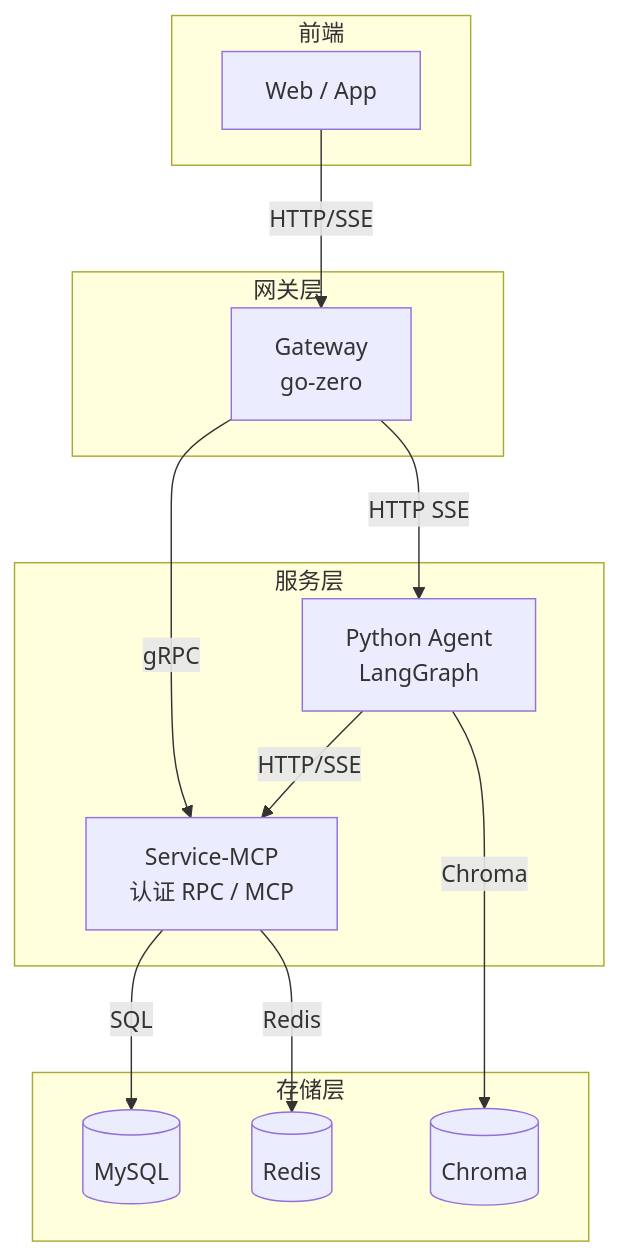
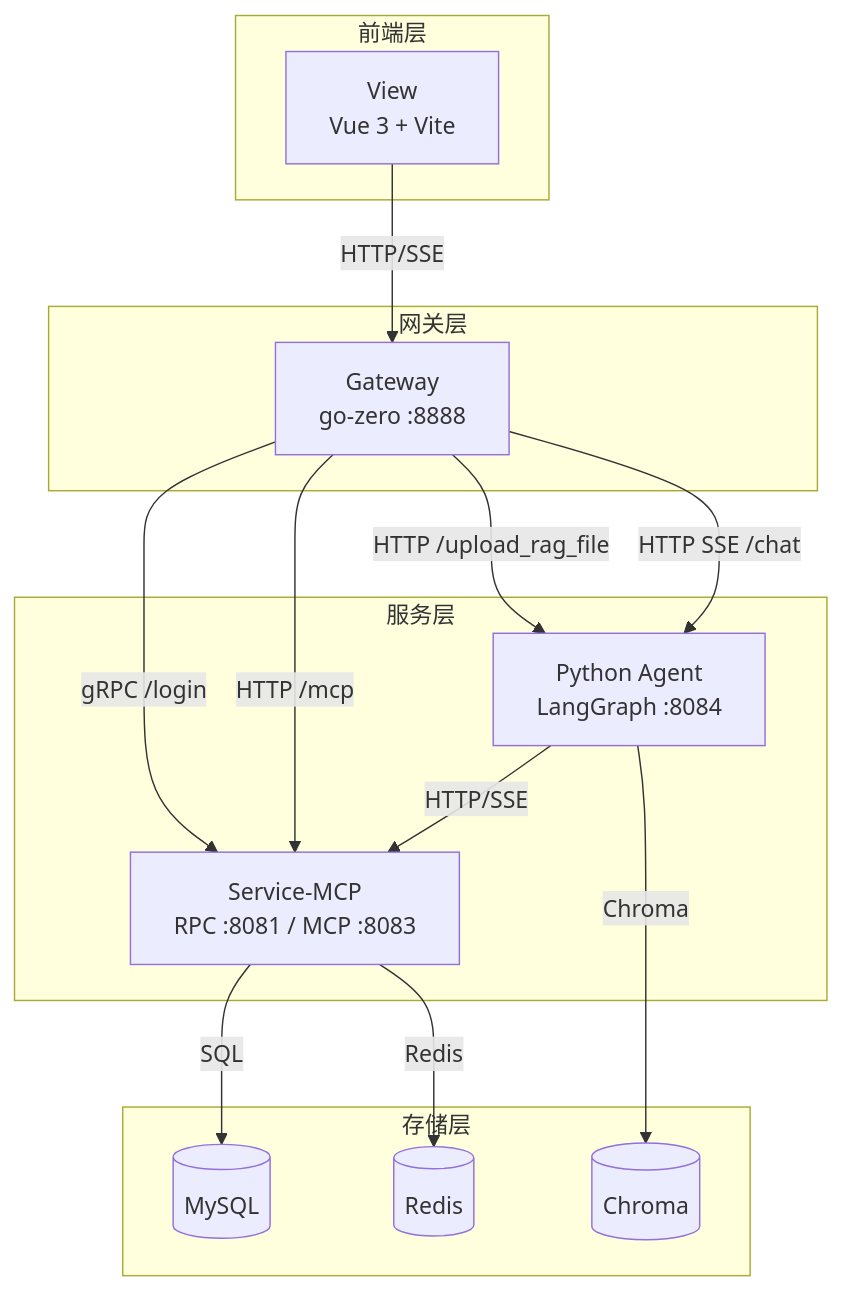
The diagram in README.md (MRmrwei/Enterprise-Smart-Assistant-Project), drawn with Mermaid before and after one commit. The commit also changed other lines of this file and 4 other files, not shown here.

First line of the commit message:
``` feat: 添加前端Vue 3视图层并重构项目架构

````diff
--- a/README.md
+++ b/README.md
@@ -78,29 +22,31 @@
 ```mermaid
 graph TB
-    subgraph 前端
-        A[Web / App]
+    subgraph 前端层
+        A[View<br/>Vue 3 + Vite]
     end
 
     subgraph 网关层
-        B[Gateway<br/>go-zero]
+        B[Gateway<br/>go-zero :8888]
     end
 
     subgraph 服务层
-        C[Service-MCP<br/>认证 RPC / MCP]
-        D[Python Agent<br/>LangGraph]
+        C[Service-MCP<br/>RPC :8081 / MCP :8083]
+        D[Python Agent<br/>LangGraph :8084]
     end
 
     subgraph 存储层
         E[(MySQL)]
         F[(Chroma)]
         G[(Redis)]
     end
 
     A -->|HTTP/SSE| B
-    B -->|gRPC| C
-    B -->|HTTP SSE| D
+    B -->|gRPC /login| C
+    B -->|HTTP /mcp| C
+    B -->|HTTP /upload_rag_file| D
+    B -->|HTTP SSE /chat| D
     C -->|SQL| E
     C -->|Redis| G
     D -->|HTTP/SSE| C
     D -->|Chroma| F
 ```
````
